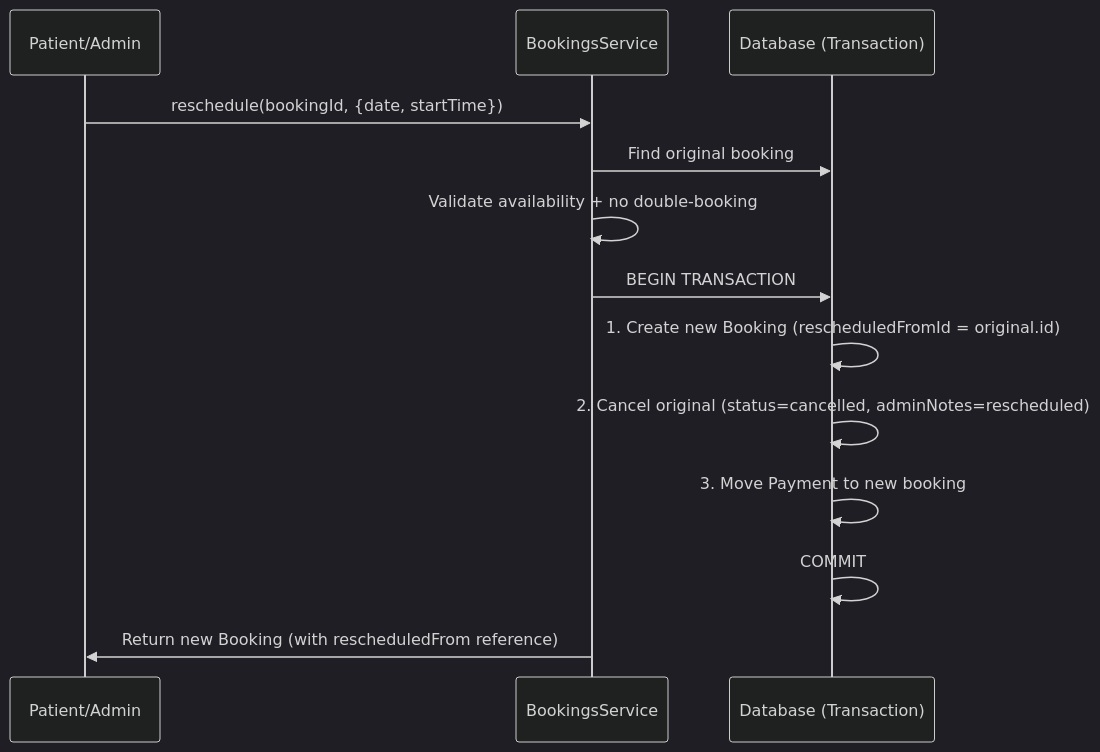
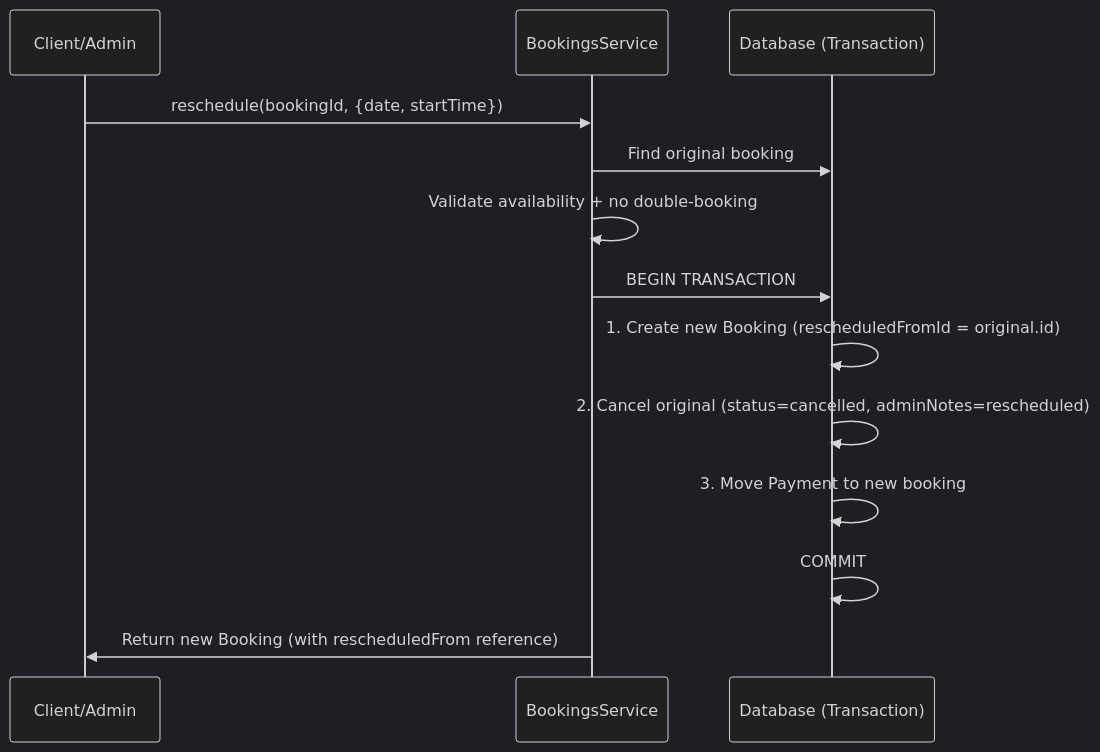
The second of 3 diagrams in docs/features/booking-flows.md (tariiq222/carekit), drawn with Mermaid (dark theme) before and after one commit. The commit also changed 411 other files, not shown here.

Commit message:
refactor(all): rename patient→client and practitioner→employee across all apps

````diff
--- a/docs/features/booking-flows.md
+++ b/docs/features/booking-flows.md
@@ -60,16 +60,16 @@
 ```mermaid
 sequenceDiagram
-    participant P as Patient/Admin
+    participant P as Client/Admin
     participant S as BookingsService
     participant DB as Database (Transaction)
 
     P->>S: reschedule(bookingId, {date, startTime})
     S->>DB: Find original booking
     S->>S: Validate availability + no double-booking
     S->>DB: BEGIN TRANSACTION
     DB->>DB: 1. Create new Booking (rescheduledFromId = original.id)
     DB->>DB: 2. Cancel original (status=cancelled, adminNotes=rescheduled)
     DB->>DB: 3. Move Payment to new booking
     DB->>DB: COMMIT
     S->>P: Return new Booking (with rescheduledFrom reference)
 ```
````
